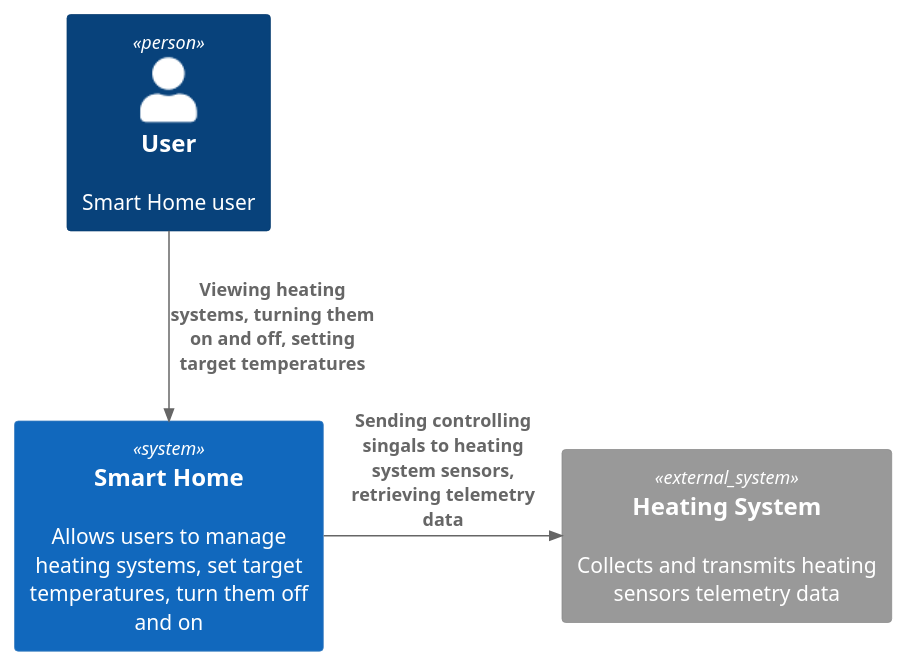
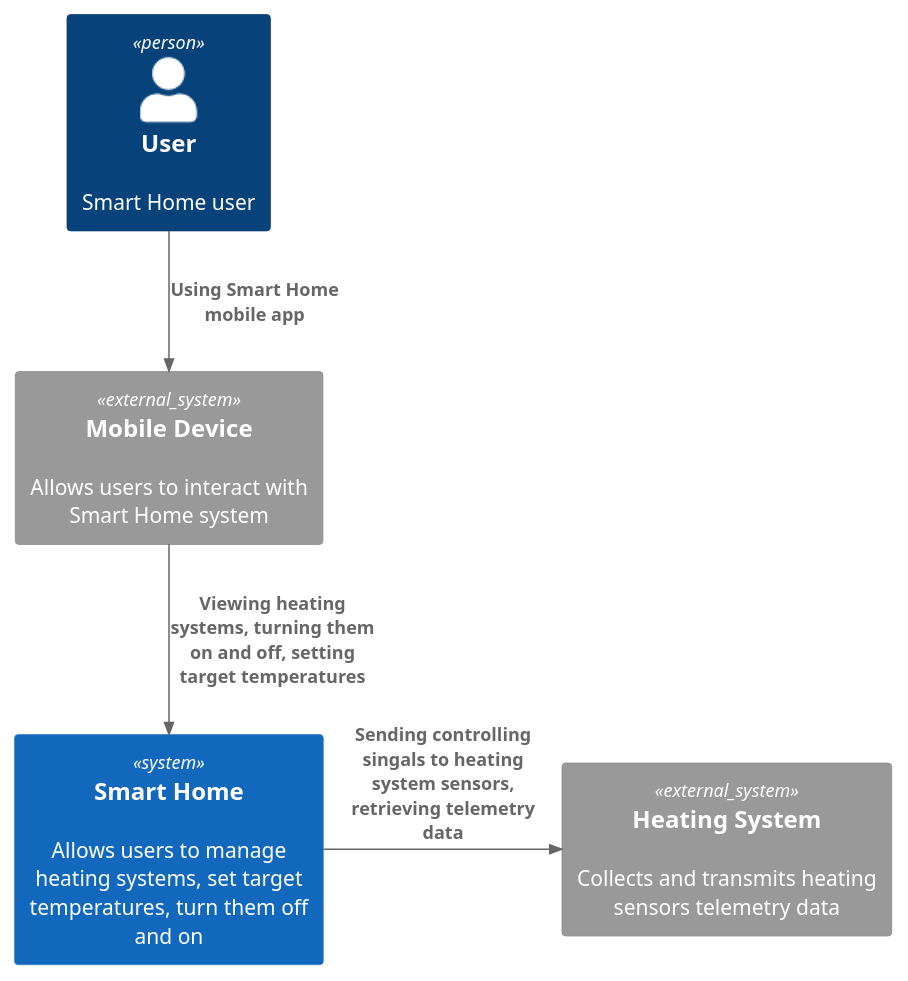
Before and after one commit to ya-robot/architecture-sprint-3: the diagram in docs/diagrams/c4-context.puml, drawn with PlantUML.

Commit message:
add mobile device system

```diff
--- a/docs/diagrams/c4-context.puml
+++ b/docs/diagrams/c4-context.puml
@@ -1,12 +1,14 @@
 @startuml
 !include https://raw.githubusercontent.com/plantuml-stdlib/C4-PlantUML/master/C4_Context.puml
 
 Person(user, "User", "Smart Home user")
 
+System_Ext(mobileDevice, "Mobile Device", "Allows users to interact with Smart Home system")
 System(smartHome, "Smart Home", "Allows users to manage heating systems, set target temperatures, turn them off and on")
 System_Ext(heatingSystem, "Heating System", "Collects and transmits heating sensors telemetry data")
 
-Rel_D(user, smartHome, "Viewing heating systems, turning them on and off, setting target temperatures")
+Rel_D(user, mobileDevice, "Using Smart Home mobile app")
+Rel_D(mobileDevice, smartHome, "Viewing heating systems, turning them on and off, setting target temperatures")
 Rel_R(smartHome, heatingSystem, "Sending controlling singals to heating system sensors, retrieving telemetry data")
 
 @enduml
```
